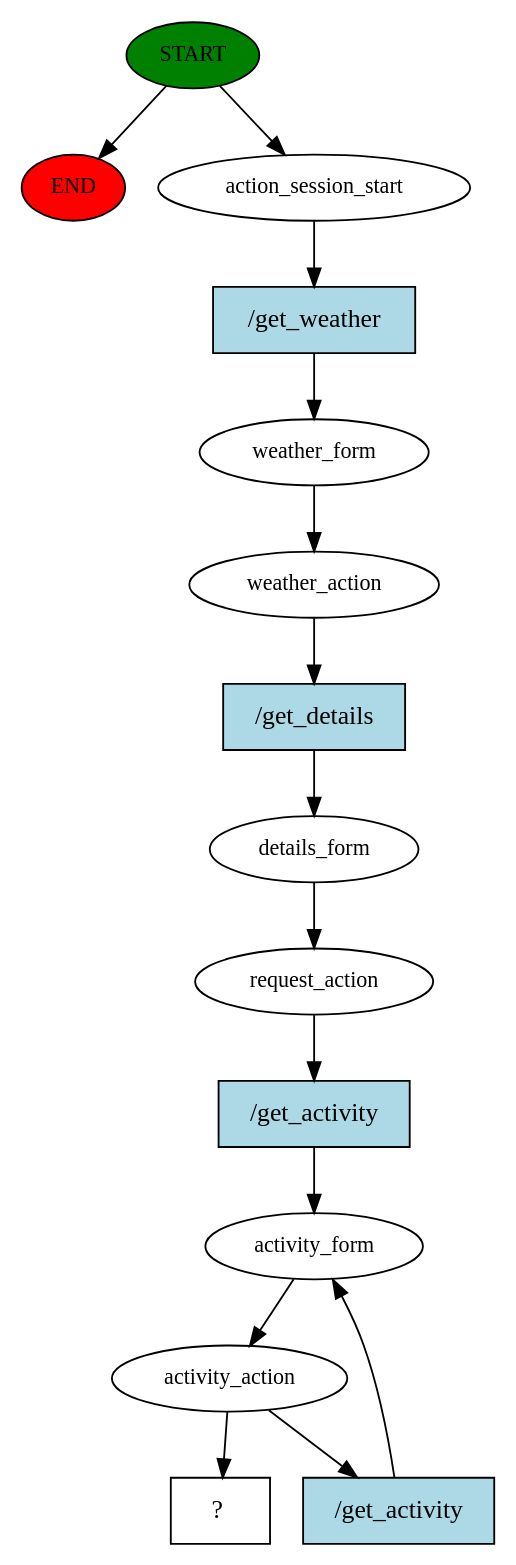
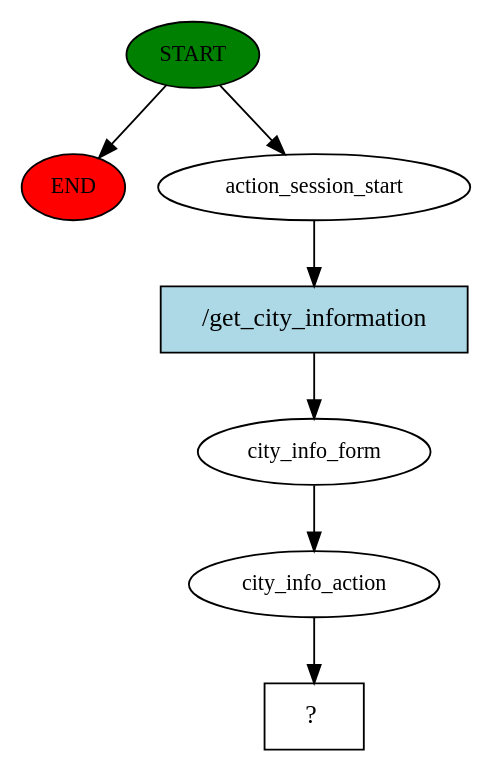
Before and after one commit to hdunlop310/weather-agent: the diagram in story_graph.dot, drawn with Graphviz. The commit also changed 69 other files, not shown here.

```diff
--- a/story_graph.dot
+++ b/story_graph.dot
@@ -1,30 +1,15 @@
 digraph  {
 0 [class="start active", fillcolor=green, fontsize=12, label=START, style=filled];
 "-1" [class=end, fillcolor=red, fontsize=12, label=END, style=filled];
 1 [class=active, fontsize=12, label=action_session_start];
-2 [class=active, fontsize=12, label=weather_form];
-3 [class=active, fontsize=12, label=weather_action];
-4 [class=active, fontsize=12, label=details_form];
-5 [class=active, fontsize=12, label=request_action];
-6 [class=active, fontsize=12, label=activity_form];
-7 [class=active, fontsize=12, label=activity_action];
-10 [class="intent dashed active", label="  ?  ", shape=rect];
-11 [class="intent active", fillcolor=lightblue, label="/get_weather", shape=rect, style=filled];
-12 [class="intent active", fillcolor=lightblue, label="/get_details", shape=rect, style=filled];
-13 [class="intent active", fillcolor=lightblue, label="/get_activity", shape=rect, style=filled];
-14 [class="intent active", fillcolor=lightblue, label="/get_activity", shape=rect, style=filled];
+2 [class=active, fontsize=12, label=city_info_form];
+3 [class=active, fontsize=12, label=city_info_action];
+4 [class="intent dashed active", label="  ?  ", shape=rect];
+5 [class="intent active", fillcolor=lightblue, label="/get_city_information", shape=rect, style=filled];
 0 -> "-1"  [class="", key=NONE, label=""];
 0 -> 1  [class=active, key=NONE, label=""];
-1 -> 11  [class=active, key=0];
+1 -> 5  [class=active, key=0];
 2 -> 3  [class=active, key=NONE, label=""];
-3 -> 12  [class=active, key=0];
-4 -> 5  [class=active, key=NONE, label=""];
-5 -> 13  [class=active, key=0];
-6 -> 7  [class=active, key=NONE, label=""];
-7 -> 10  [class=active, key=NONE, label=""];
-7 -> 14  [class=active, key=0];
-11 -> 2  [class=active, key=0];
-12 -> 4  [class=active, key=0];
-13 -> 6  [class=active, key=0];
-14 -> 6  [class=active, key=0];
+3 -> 4  [class=active, key=NONE, label=""];
+5 -> 2  [class=active, key=0];
 }
```
